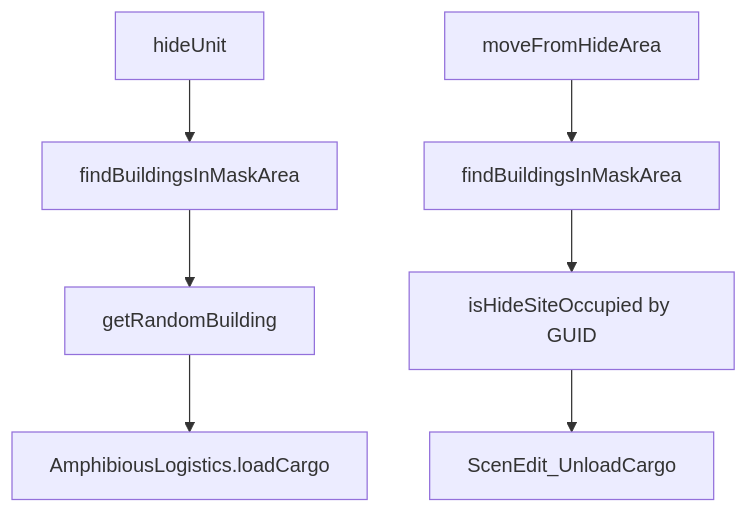
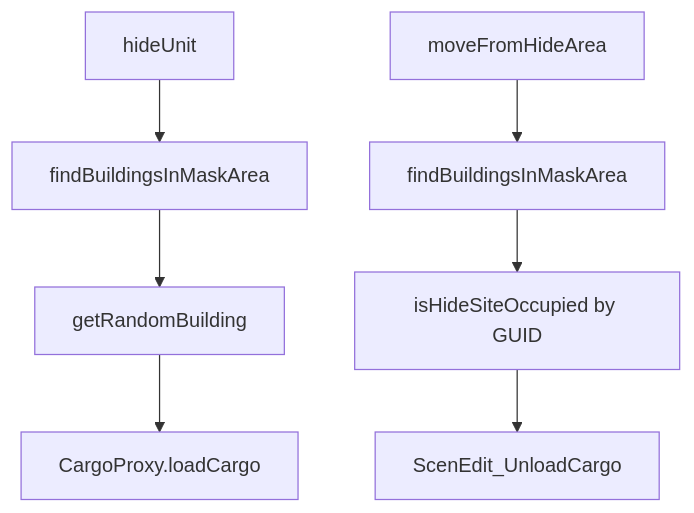
One commit to pullupjumper/formosa-in-flames changed the diagram in docs/missileSystem/concealment.md. Above: the diagram before and after it, drawn with Mermaid. The commit also changed other lines of this file and 58 other files, not shown here.

````diff
--- a/docs/missileSystem/concealment.md
+++ b/docs/missileSystem/concealment.md
@@ -27,10 +29,10 @@
 ```mermaid
 flowchart TD
     A[hideUnit] --> B[findBuildingsInMaskArea]
     B --> C[getRandomBuilding]
-    C --> D[AmphibiousLogistics.loadCargo]
+    C --> D[CargoProxy.loadCargo]
 
     E[moveFromHideArea] --> F[findBuildingsInMaskArea]
     F --> G[isHideSiteOccupied by GUID]
     G --> H[ScenEdit_UnloadCargo]
 ```
````
